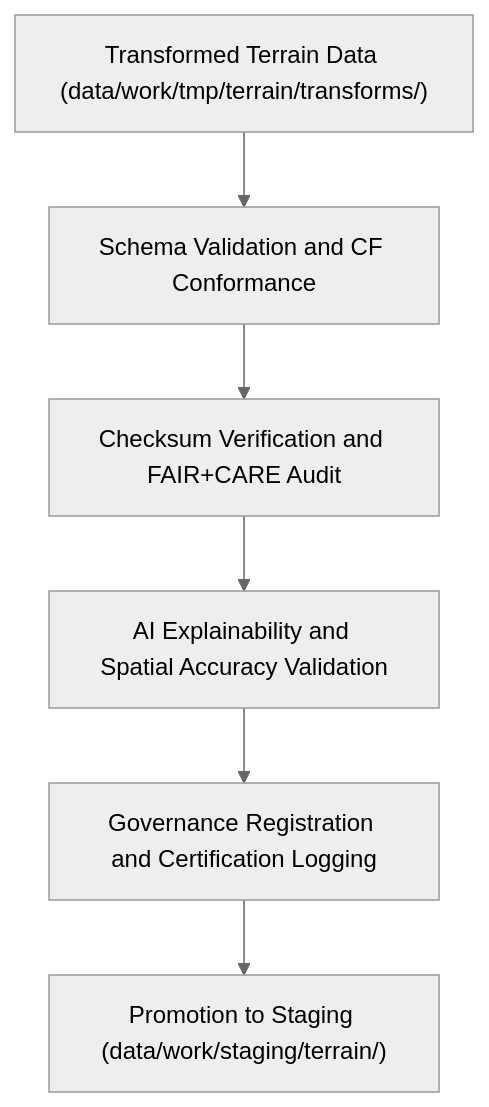
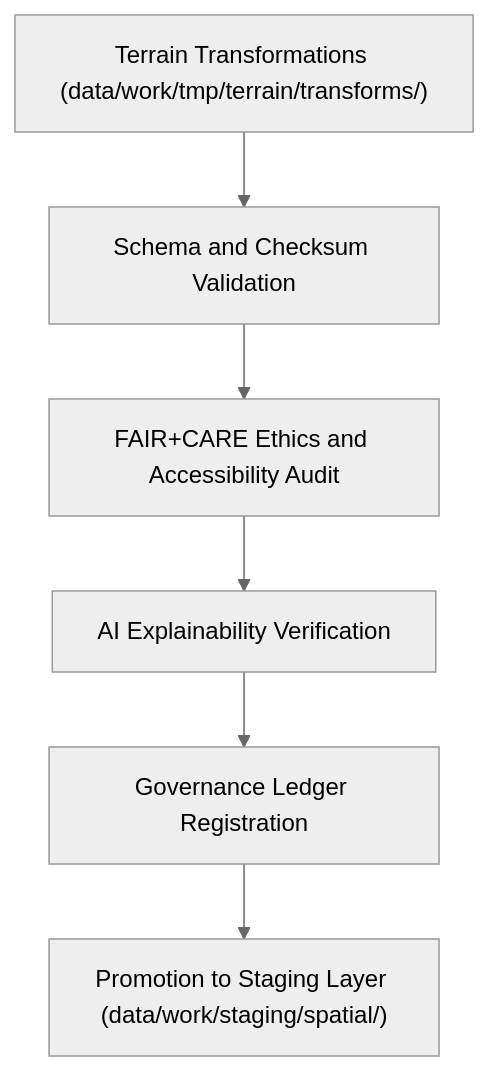
One commit to bartytime4life/Kansas-Frontier-Matrix changed the diagram in data/work/tmp/terrain/validation/README.md. Above: the diagram before and after it, drawn with Mermaid (neutral theme). The commit also changed other lines of this file, not shown here.

Commit message:
Update README for Terrain TMP Validation Layer v9.6.0

````diff
--- a/data/work/tmp/terrain/validation/README.md
+++ b/data/work/tmp/terrain/validation/README.md
@@ -70,8 +65,8 @@
 ```mermaid
 flowchart TD
-    A["Transformed Terrain Data (data/work/tmp/terrain/transforms/)"] --> B["Schema Validation and CF Conformance"]
-    B --> C["Checksum Verification and FAIR+CARE Audit"]
-    C --> D["AI Explainability and Spatial Accuracy Validation"]
-    D --> E["Governance Registration and Certification Logging"]
-    E --> F["Promotion to Staging (data/work/staging/terrain/)"]
+    A["Terrain Transformations (data/work/tmp/terrain/transforms/)"] --> B["Schema and Checksum Validation"]
+    B --> C["FAIR+CARE Ethics and Accessibility Audit"]
+    C --> D["AI Explainability Verification"]
+    D --> E["Governance Ledger Registration"]
+    E --> F["Promotion to Staging Layer (data/work/staging/spatial/)"]
 ```
````
